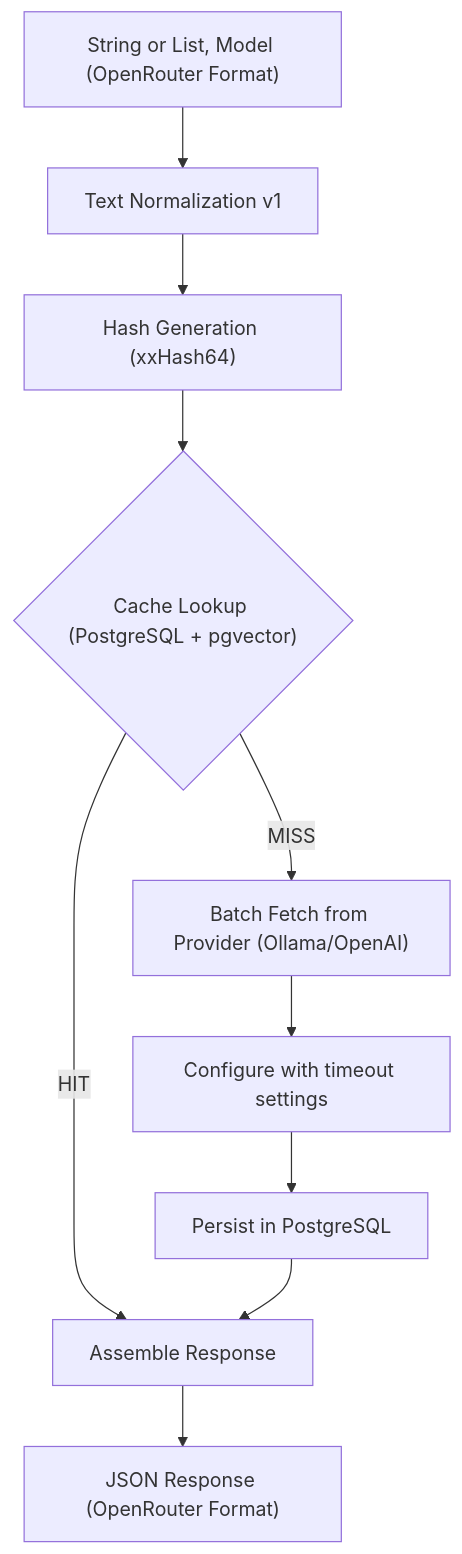
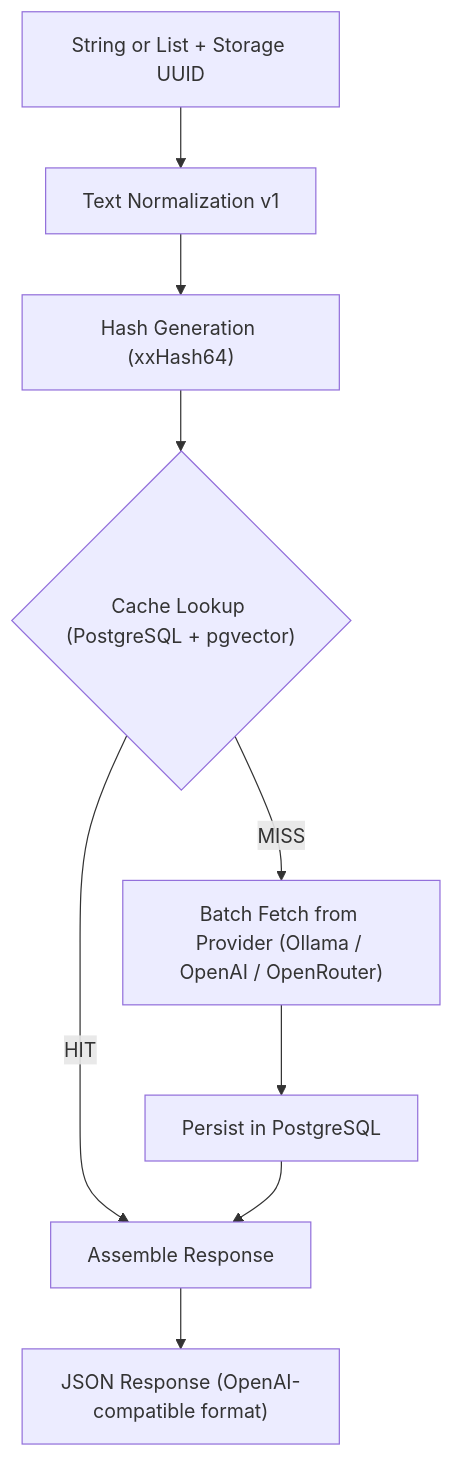
The diagram in docs/lareferencia-embedding-service-architecture.md (LA-Referencia-IOI/lareferencia-embedding-service), drawn with Mermaid before and after one commit. The commit also changed other lines of this file and 15 other files, not shown here.

````diff
--- a/docs/lareferencia-embedding-service-architecture.md
+++ b/docs/lareferencia-embedding-service-architecture.md
@@ -35,14 +35,13 @@
 ```mermaid
 flowchart TD
-    A["String or List, Model (OpenRouter Format)"] --> B[Text Normalization v1]
+    A["String or List + Storage UUID"] --> B[Text Normalization v1]
     B --> C["Hash Generation (xxHash64)"]
     C --> D{"Cache Lookup (PostgreSQL + pgvector)"}
 
     D -->|HIT| E[Assemble Response]
-    D -->|MISS| F["Batch Fetch from Provider (Ollama/OpenAI)"]
-    F --> F1["Configure with timeout settings"]
+    D -->|MISS| F["Batch Fetch from Provider (Ollama / OpenAI / OpenRouter)"]
 
-    F1 --> G["Persist in PostgreSQL"]
+    F --> G["Persist in PostgreSQL"]
     G --> E
-    E --> H["JSON Response (OpenRouter Format)"]
+    E --> H["JSON Response (OpenAI-compatible format)"]
 ```
````
